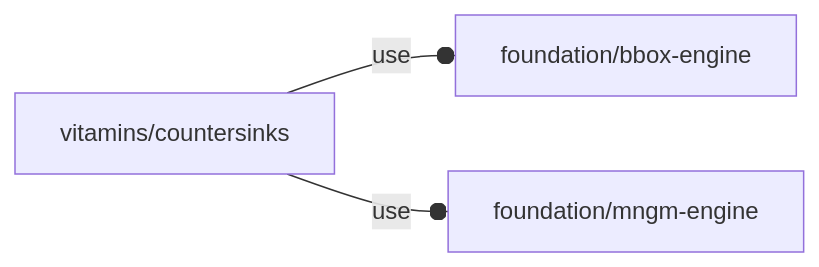
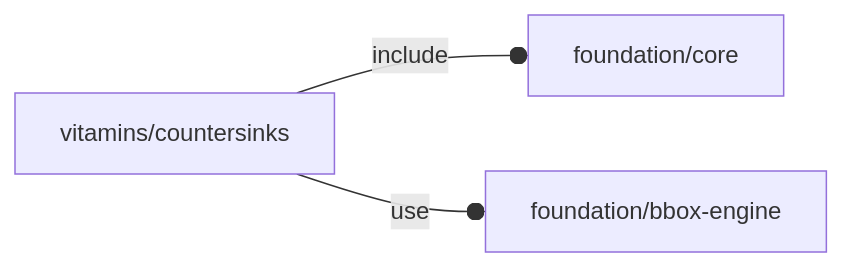
One commit to ggabbiani/OFL changed the diagram in orthodocs/vitamins/countersinks.md. Above: the diagram before and after it, drawn with Mermaid. The commit also changed other lines of this file and 16 other files, not shown here.

````diff
--- a/orthodocs/vitamins/countersinks.md
+++ b/orthodocs/vitamins/countersinks.md
@@ -5,5 +5,5 @@
 ```mermaid
 graph LR
-    A1[vitamins/countersinks] --o|use| A2[foundation/bbox-engine]
-    A1 --o|use| A3[foundation/mngm-engine]
+    A1[vitamins/countersinks] --o|include| A2[foundation/core]
+    A1 --o|use| A3[foundation/bbox-engine]
 ```
````
